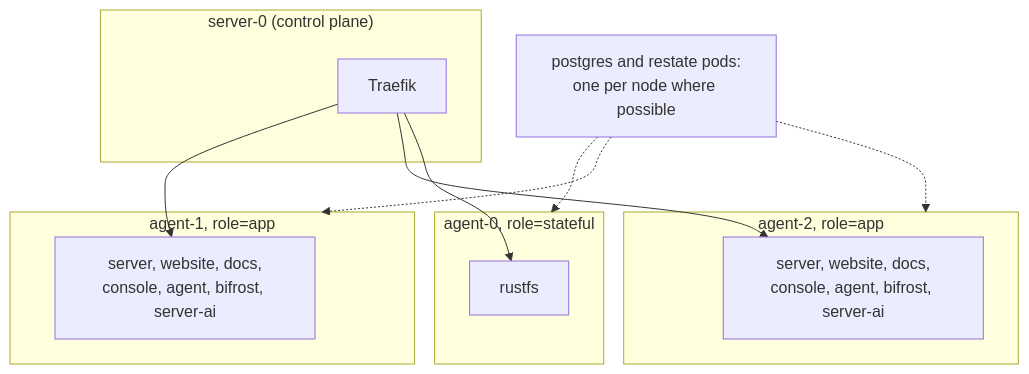
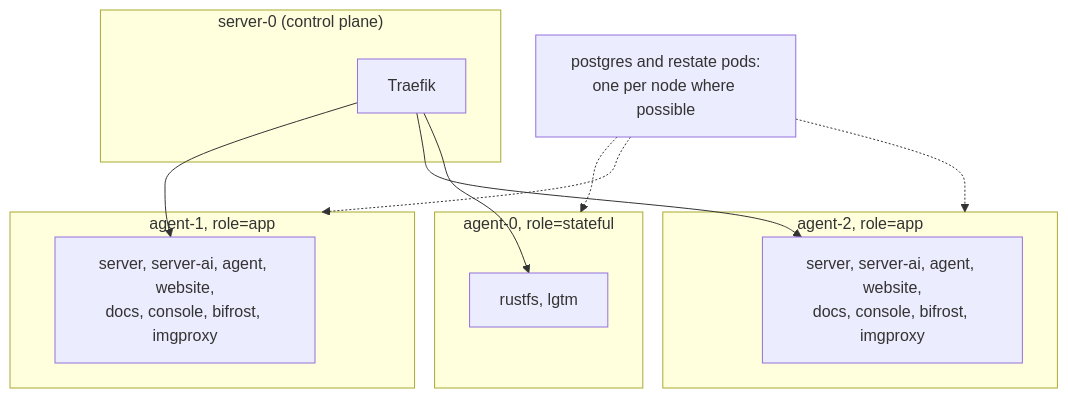
Before and after one commit to shopnexus/docs: the first of 2 diagrams in web/src/content/docs/en/operations/cluster/index.mdx, drawn with Mermaid. The commit also changed other lines of this file and 105 other files, not shown here.

````diff
--- a/web/src/content/docs/en/operations/cluster/index.mdx
+++ b/web/src/content/docs/en/operations/cluster/index.mdx
@@ -27,21 +27,21 @@
 ```mermaid title="Where pods prefer to run"
 flowchart TB
   subgraph s0["server-0 (control plane)"]
     traefik[Traefik]
   end
   subgraph a0["agent-0, role=stateful"]
-    rustfs[rustfs]
+    rustfs["rustfs, lgtm"]
   end
   subgraph a1["agent-1, role=app"]
-    app1["server, website, docs,<br/>console, agent, bifrost, server-ai"]
+    app1["server, server-ai, agent, website,<br/>docs, console, bifrost, imgproxy"]
   end
   subgraph a2["agent-2, role=app"]
-    app-android["server, website, docs,<br/>console, agent, bifrost, server-ai"]
+    app2["server, server-ai, agent, website,<br/>docs, console, bifrost, imgproxy"]
   end
   spread["postgres and restate pods:<br/>one per node where possible"] -.-> a0
   spread -.-> a1
   spread -.-> a2
   traefik --> app1
-  traefik --> app-android
+  traefik --> app2
   traefik --> rustfs
 ```
````
